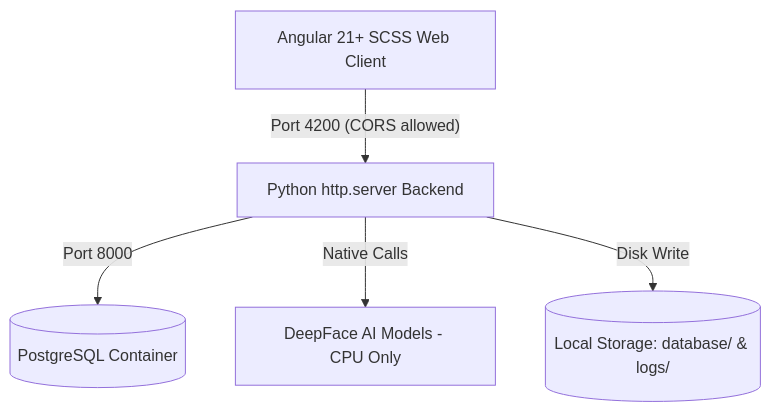
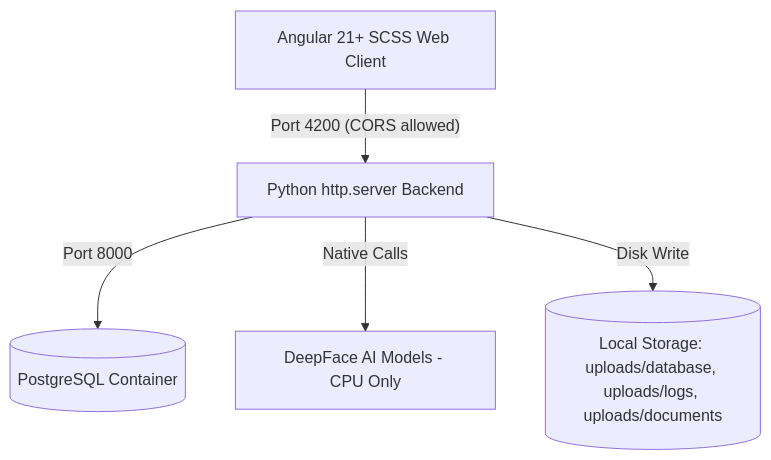
One commit to ttquang1063750/employee-face-ai changed the first of 2 diagrams in AGENTS.md. Above: the diagram before and after it, drawn with Mermaid. The commit also changed other lines of this file and 4 other files, not shown here.

````diff
--- a/AGENTS.md
+++ b/AGENTS.md
@@ -15,7 +15,7 @@
 ```mermaid
 graph TD
     Client[Angular 21+ SCSS Web Client] -- Port 4200 (CORS allowed) --> API[Python http.server Backend]
     API -- Port 8000 --> DB[(PostgreSQL Container)]
     API -- Native Calls --> DF[DeepFace AI Models - CPU Only]
-    API -- Disk Write --> FS[(Local Storage: database/ & logs/)]
+    API -- Disk Write --> FS[(Local Storage: uploads/database, uploads/logs, uploads/documents)]
 ```
````
